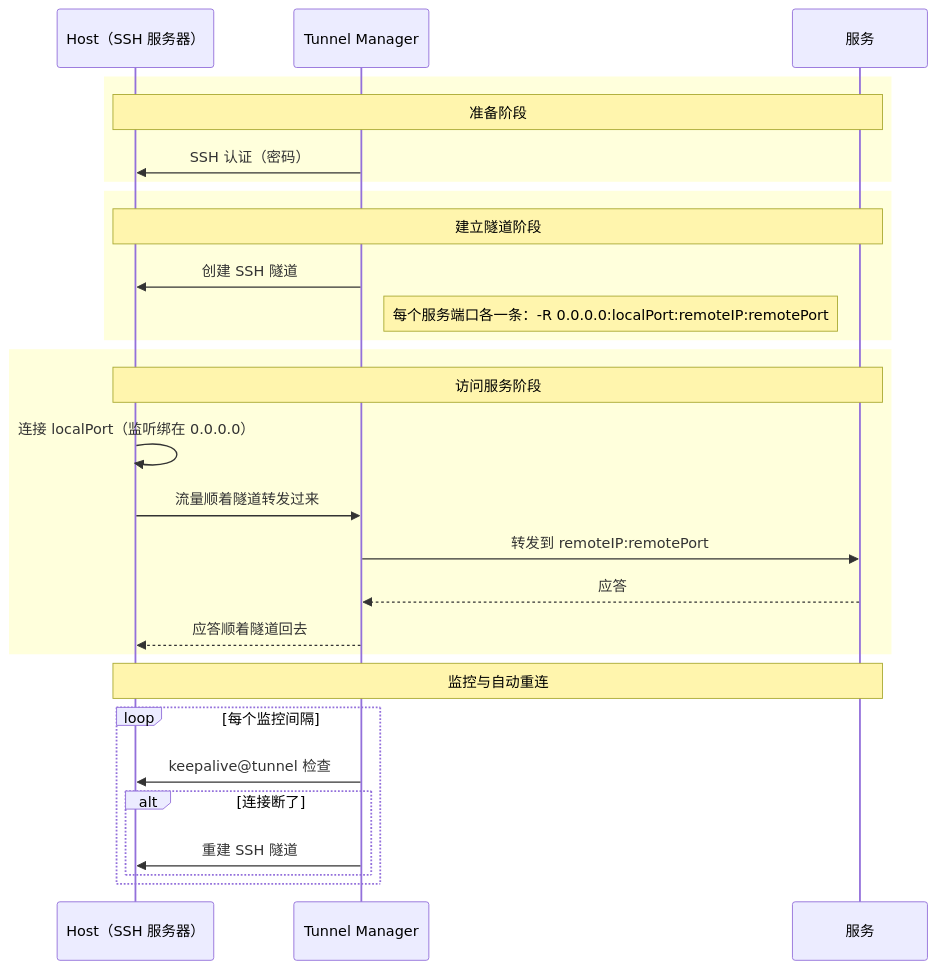
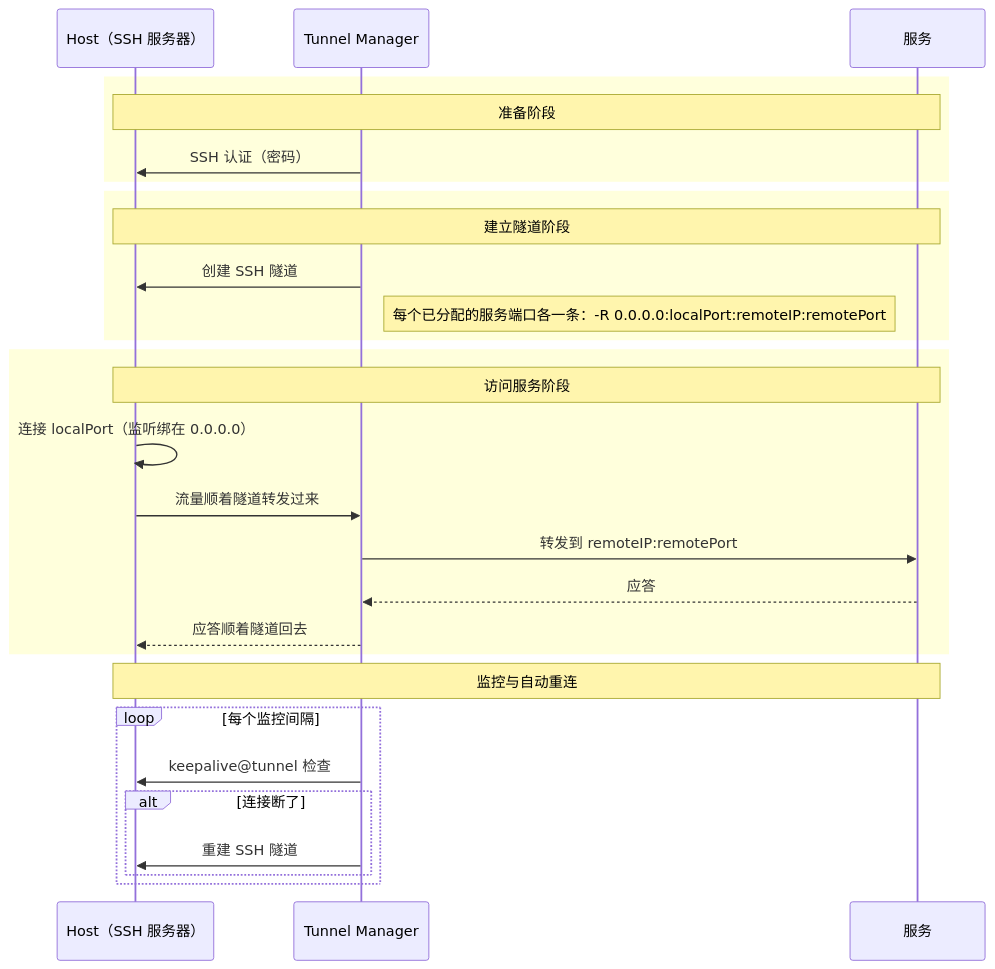
Before and after one commit to jollaman999/tunnel-manager: the diagram in docs/reference.zh.md, drawn with Mermaid. The commit also changed 7 other files, not shown here.

Commit message:
docs: Link the four languages to each other and name the assignment in the diagram

````diff
--- a/docs/reference.zh.md
+++ b/docs/reference.zh.md
@@ -159,34 +159,34 @@
 ```mermaid
 sequenceDiagram
     participant Host as Host（SSH 服务器）
     participant Bastion as Tunnel Manager
     participant WAS as 服务
 
     rect rgb(255, 255, 220)
         Note over Host,WAS: 准备阶段
         Bastion->>Host: SSH 认证（密码）
     end
 
     rect rgb(255, 255, 220)
         Note over Host,WAS: 建立隧道阶段
         Bastion->>Host: 创建 SSH 隧道
-        Note right of Bastion: 每个服务端口各一条：-R 0.0.0.0:localPort:remoteIP:remotePort
+        Note right of Bastion: 每个已分配的服务端口各一条：-R 0.0.0.0:localPort:remoteIP:remotePort
     end
 
     rect rgb(255, 255, 220)
         Note over Host,WAS: 访问服务阶段
         Host->>Host: 连接 localPort（监听绑在 0.0.0.0）
         Host->>Bastion: 流量顺着隧道转发过来
         Bastion->>WAS: 转发到 remoteIP:remotePort
         WAS-->>Bastion: 应答
         Bastion-->>Host: 应答顺着隧道回去
     end
 
     Note over Host,WAS: 监控与自动重连
     loop 每个监控间隔
         Bastion->>Host: keepalive@tunnel 检查
         alt 连接断了
             Bastion->>Host: 重建 SSH 隧道
         end
     end
 ```
````
